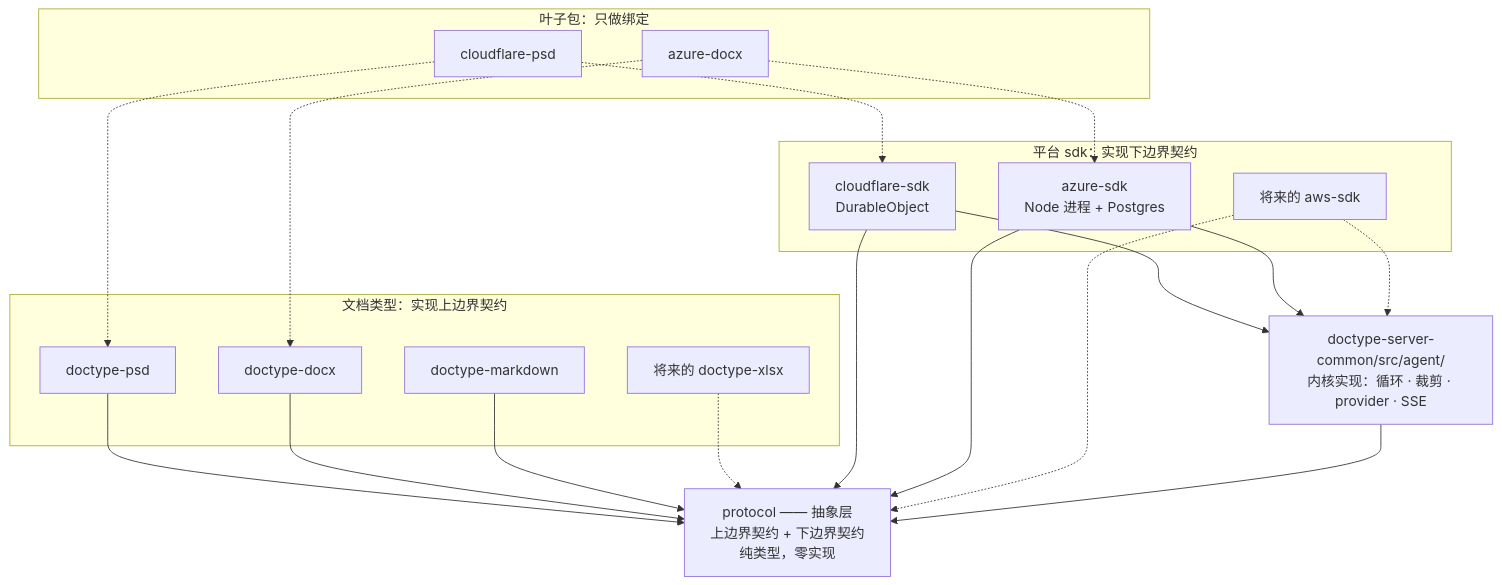
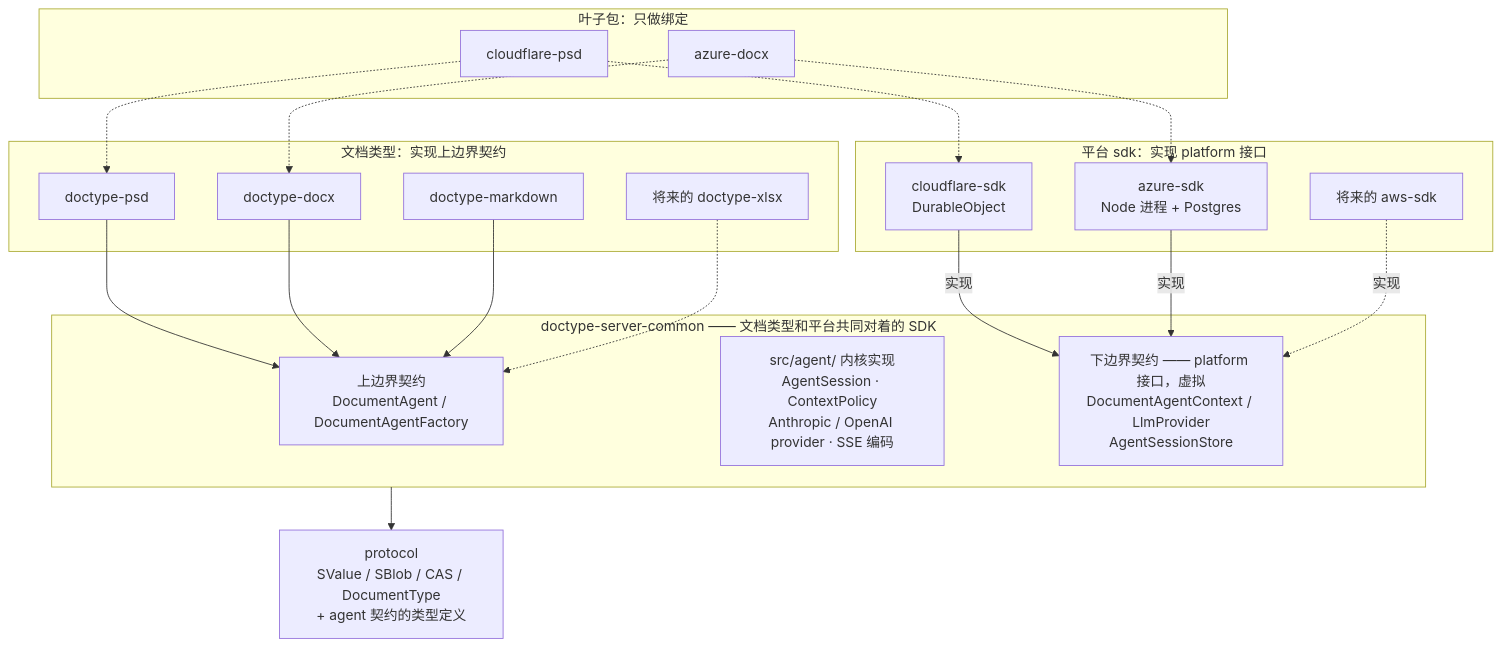
Before and after one commit to shazhou-ww/unidocs: the fourth of 15 diagrams in docs/superpowers/specs/2026-08-26-agent-sdk-design.md, drawn with Mermaid. The commit also changed other lines of this file, not shown here.

First line of the commit message:
docs(agent-sdk): doctype-server-common 上移到 doctype 与 protocol 之间

````diff
--- a/docs/superpowers/specs/2026-08-26-agent-sdk-design.md
+++ b/docs/superpowers/specs/2026-08-26-agent-sdk-design.md
@@ -285,41 +277,44 @@
 ```mermaid
 flowchart TB
     subgraph dt["文档类型：实现上边界契约"]
         psd["doctype-psd"]
         docx["doctype-docx"]
         md["doctype-markdown"]
         xlsx["将来的 doctype-xlsx"]
     end
 
-    proto["protocol —— 抽象层<br/>上边界契约 + 下边界契约<br/>纯类型，零实现"]
+    subgraph sdk["doctype-server-common —— 文档类型和平台共同对着的 SDK"]
+        UP["上边界契约<br/>DocumentAgent / DocumentAgentFactory"]
+        KERNEL["src/agent/ 内核实现<br/>AgentSession · ContextPolicy<br/>Anthropic / OpenAI provider · SSE 编码"]
+        DOWN["下边界契约 —— platform 接口，虚拟<br/>DocumentAgentContext / LlmProvider<br/>AgentSessionStore"]
+    end
 
-    subgraph plat["平台 sdk：实现下边界契约"]
+    subgraph plat["平台 sdk：实现 platform 接口"]
         cf["cloudflare-sdk<br/>DurableObject"]
         az["azure-sdk<br/>Node 进程 + Postgres"]
         aws["将来的 aws-sdk"]
     end
-
-    kernel["doctype-server-common/src/agent/<br/>内核实现：循环 · 裁剪 · provider · SSE"]
 
     subgraph leaf["叶子包：只做绑定"]
         L1["cloudflare-psd"]
         L2["azure-docx"]
     end
 
-    psd --> proto
-    docx --> proto
-    md --> proto
-    xlsx -.-> proto
-    cf --> proto
-    az --> proto
-    aws -.-> proto
-    kernel --> proto
-    cf --> kernel
-    az --> kernel
-    aws -.-> kernel
+    proto["protocol<br/>SValue / SBlob / CAS / DocumentType<br/>+ agent 契约的类型定义"]
+
+    psd --> UP
+    docx --> UP
+    md --> UP
+    xlsx -.-> UP
+
+    cf -->|"实现"| DOWN
+    az -->|"实现"| DOWN
+    aws -.->|"实现"| DOWN
+
+    sdk --> proto
 
     L1 -.-> psd
     L1 -.-> cf
     L2 -.-> docx
     L2 -.-> az
 ```
````
